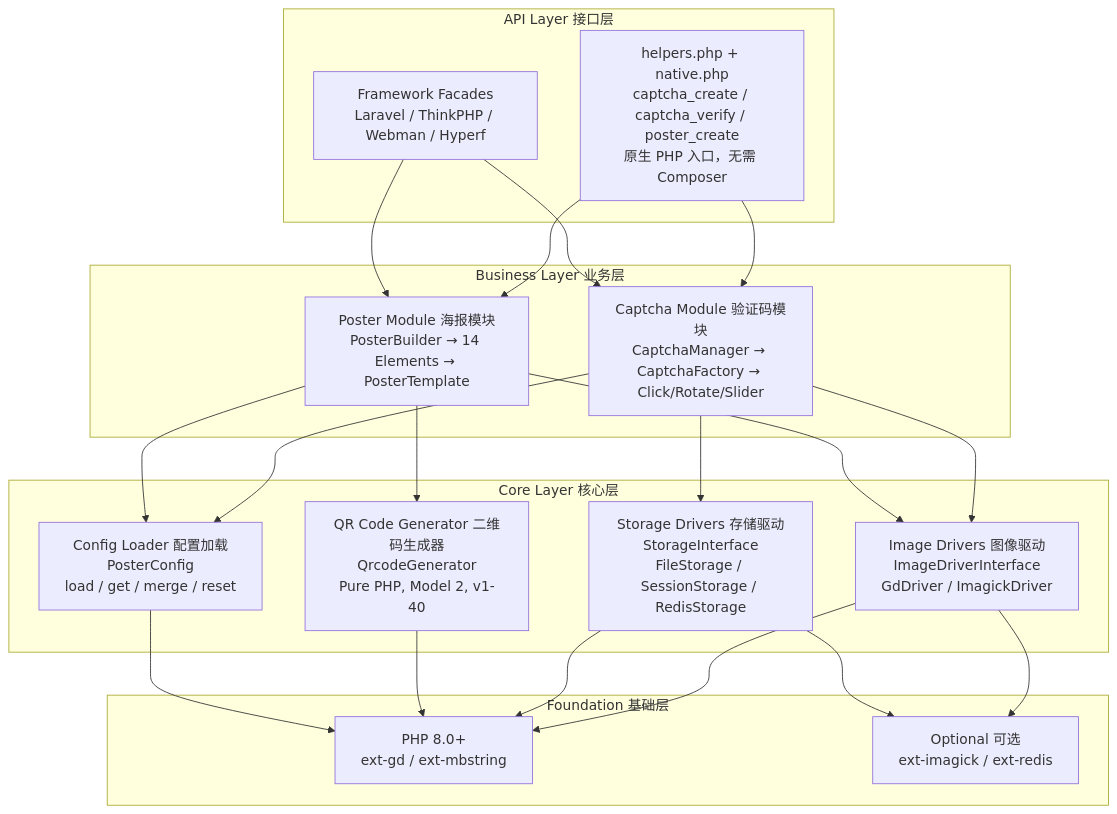
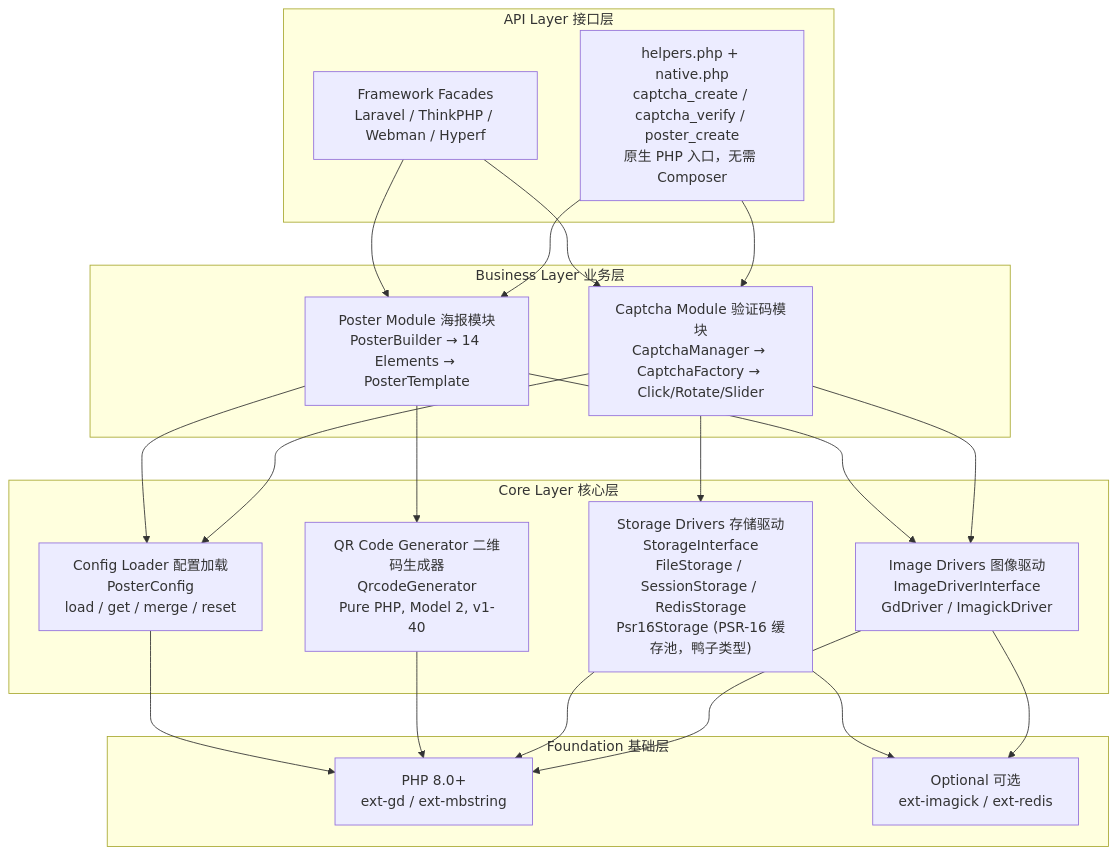
One commit to erikwang2013/poster-php changed the first of 11 diagrams in docs/architecture.md. Above: the diagram before and after it, drawn with Mermaid. The commit also changed other lines of this file and 24 other files, not shown here.

Commit message:
fix: 存储层并发与静默失效（FileStorage 加锁与原子写、Session 守卫、auto 探测缓存）+ feat: PSR-16 适配与 Laravel 图片端点

````diff
--- a/docs/architecture.md
+++ b/docs/architecture.md
@@ -9,44 +9,44 @@
 ```mermaid
 graph TB
     subgraph "API Layer 接口层"
         HELPERS["helpers.php + native.php<br/>captcha_create / captcha_verify / poster_create<br/>原生 PHP 入口，无需 Composer"]
         FACADES["Framework Facades<br/>Laravel / ThinkPHP / Webman / Hyperf"]
     end
 
     subgraph "Business Layer 业务层"
         CAPTCHA["Captcha Module 验证码模块<br/>CaptchaManager → CaptchaFactory → Click/Rotate/Slider"]
         POSTER["Poster Module 海报模块<br/>PosterBuilder → 14 Elements → PosterTemplate"]
     end
 
     subgraph "Core Layer 核心层"
         DRIVERS["Image Drivers 图像驱动<br/>ImageDriverInterface<br/>GdDriver / ImagickDriver"]
-        STORAGE["Storage Drivers 存储驱动<br/>StorageInterface<br/>FileStorage / SessionStorage / RedisStorage"]
+        STORAGE["Storage Drivers 存储驱动<br/>StorageInterface<br/>FileStorage / SessionStorage / RedisStorage<br/>Psr16Storage (PSR-16 缓存池，鸭子类型)"]
         QRCODE["QR Code Generator 二维码生成器<br/>QrcodeGenerator<br/>Pure PHP, Model 2, v1-40"]
         CONFIG["Config Loader 配置加载<br/>PosterConfig<br/>load / get / merge / reset"]
     end
 
     subgraph "Foundation 基础层"
         PHP["PHP 8.0+<br/>ext-gd / ext-mbstring"]
         OPTIONAL["Optional 可选<br/>ext-imagick / ext-redis"]
     end
 
     HELPERS --> CAPTCHA
     HELPERS --> POSTER
     FACADES --> CAPTCHA
     FACADES --> POSTER
 
     CAPTCHA --> DRIVERS
     CAPTCHA --> STORAGE
     CAPTCHA --> CONFIG
 
     POSTER --> DRIVERS
     POSTER --> QRCODE
     POSTER --> CONFIG
 
     DRIVERS --> PHP
     DRIVERS --> OPTIONAL
     STORAGE --> PHP
     STORAGE --> OPTIONAL
     QRCODE --> PHP
     CONFIG --> PHP
 ```
````
